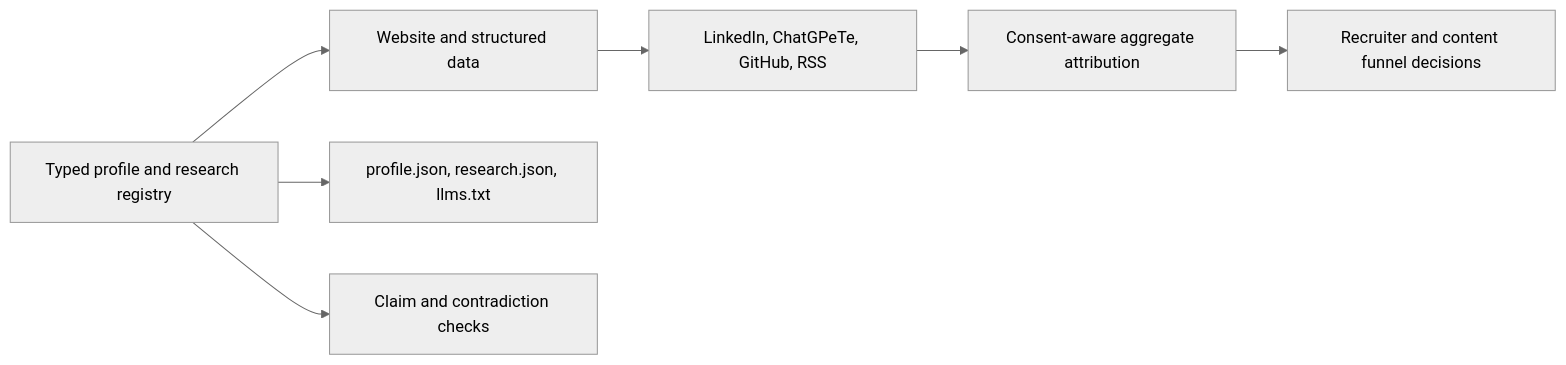
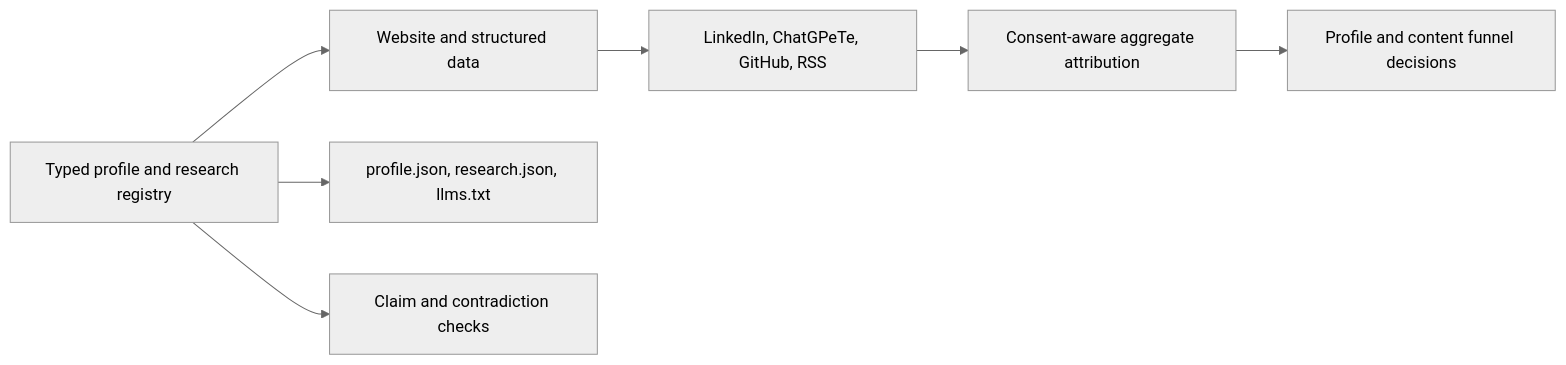
One commit to pghio/PeteWebsite changed the diagram in README.md. Above: the diagram before and after it, drawn with Mermaid (neutral theme). The commit also changed other lines of this file and 30 other files, not shown here.

````diff
--- a/README.md
+++ b/README.md
@@ -26,9 +26,9 @@
 ```mermaid
 flowchart LR
   Registry["Typed profile and research registry"] --> Site["Website and structured data"]
   Registry --> Machines["profile.json, research.json, llms.txt"]
   Registry --> Checks["Claim and contradiction checks"]
   Site --> Channels["LinkedIn, ChatGPeTe, GitHub, RSS"]
   Channels --> Attribution["Consent-aware aggregate attribution"]
-  Attribution --> Decisions["Recruiter and content funnel decisions"]
+  Attribution --> Decisions["Profile and content funnel decisions"]
 ```
````
